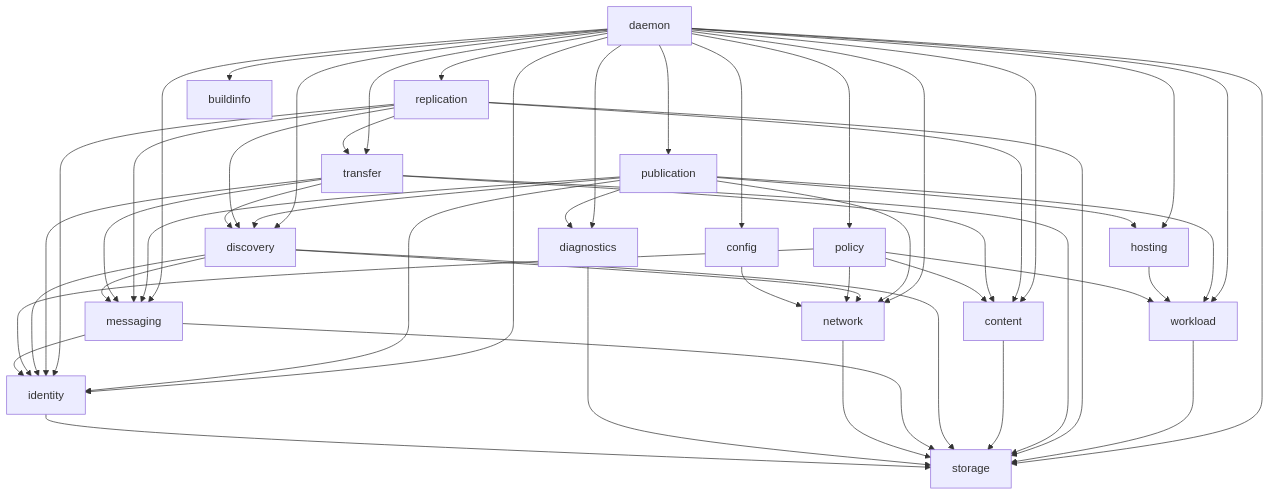
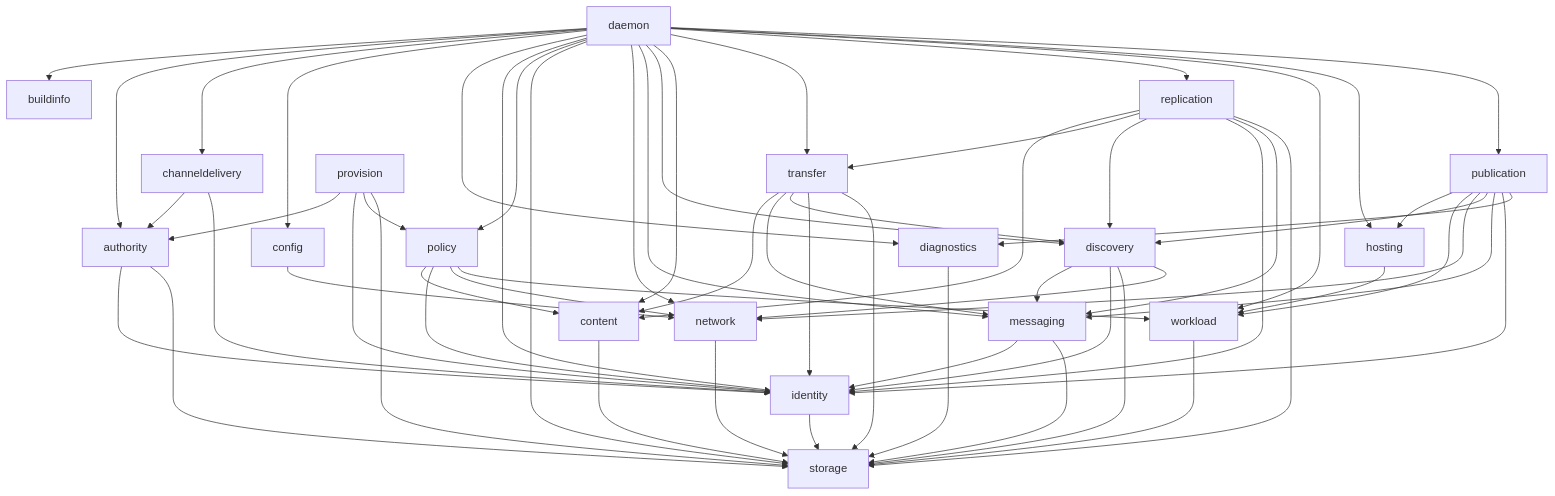
Before and after one commit to dianabuilds/ardents-network: the diagram in docs/engineering/codebase-architecture.md, drawn with Mermaid. The commit also changed 15 other files, not shown here.

````diff
--- a/docs/engineering/codebase-architecture.md
+++ b/docs/engineering/codebase-architecture.md
@@ -474,69 +474,82 @@
 ```mermaid
 flowchart TD
     storage[storage]
     diagnostics[diagnostics]
     identity[identity]
     policy[policy]
     config[config]
     network[network]
     messaging[messaging]
     discovery[discovery]
     content[content]
     transfer[transfer]
     replication[replication]
     workload[workload]
     hosting[hosting]
     publication[publication]
+    authority[authority]
+    channeldelivery[channeldelivery]
+    provision[provision]
     daemon[daemon]
 
     identity --> storage
     diagnostics --> storage
     network --> storage
     messaging --> identity
     messaging --> storage
     config --> network
     policy --> content
     policy --> identity
     policy --> network
     policy --> workload
     discovery --> messaging
     discovery --> identity
     discovery --> storage
     discovery --> network
     content --> storage
     transfer --> content
     transfer --> messaging
     transfer --> discovery
     transfer --> identity
     transfer --> storage
     replication --> content
     replication --> transfer
     replication --> discovery
     replication --> identity
     replication --> messaging
     replication --> storage
     workload --> storage
     hosting --> workload
     publication --> hosting
     publication --> workload
     publication --> network
     publication --> discovery
     publication --> messaging
     publication --> identity
     publication --> diagnostics
+    authority --> identity
+    authority --> storage
+    channeldelivery --> authority
+    channeldelivery --> identity
+    provision --> authority
+    provision --> identity
+    provision --> policy
+    provision --> storage
     daemon --> buildinfo
+    daemon --> authority
+    daemon --> channeldelivery
     daemon --> config
     daemon --> diagnostics
     daemon --> identity
     daemon --> policy
     daemon --> storage
     daemon --> network
     daemon --> messaging
     daemon --> discovery
     daemon --> content
     daemon --> transfer
     daemon --> replication
     daemon --> workload
     daemon --> hosting
     daemon --> publication
 ```
````
